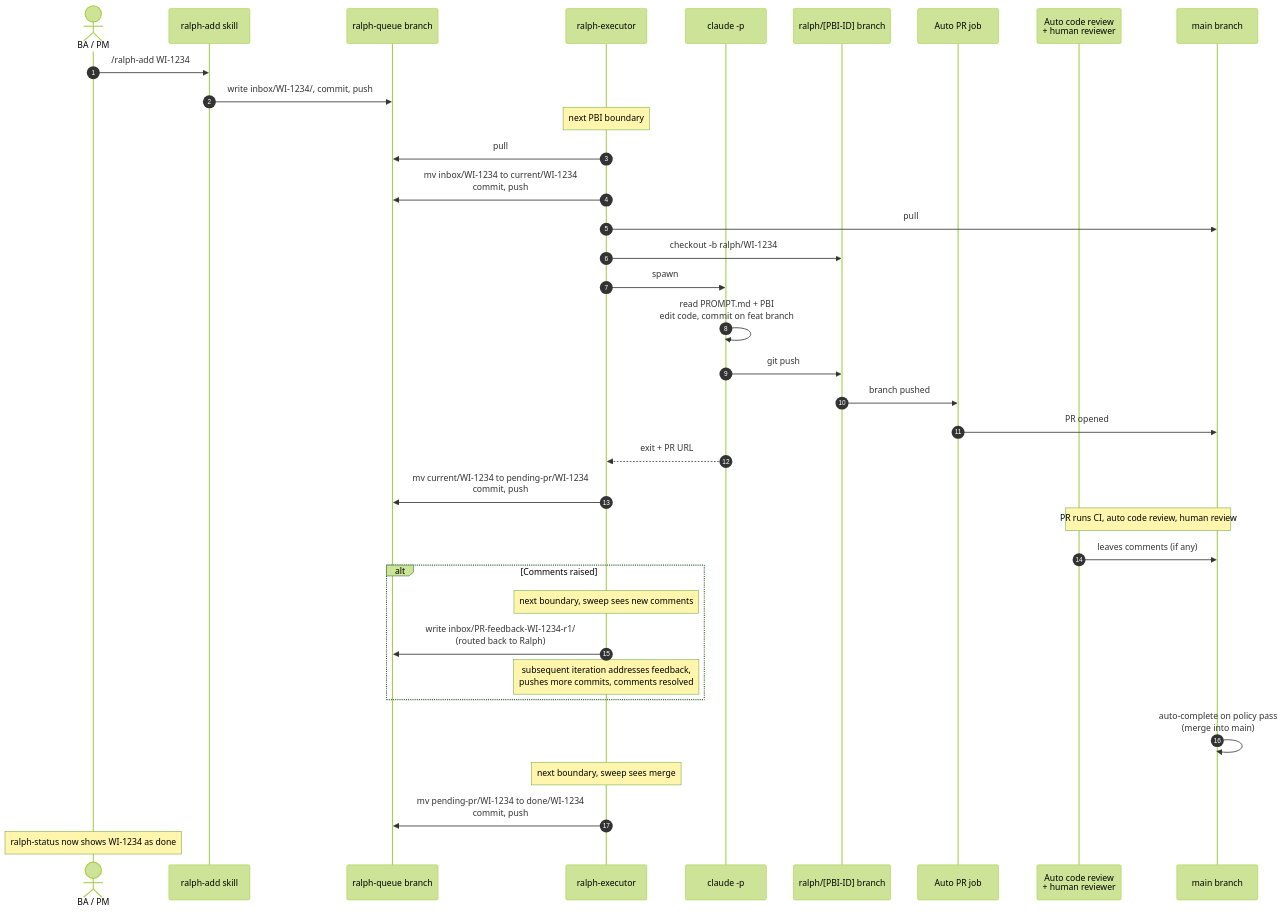
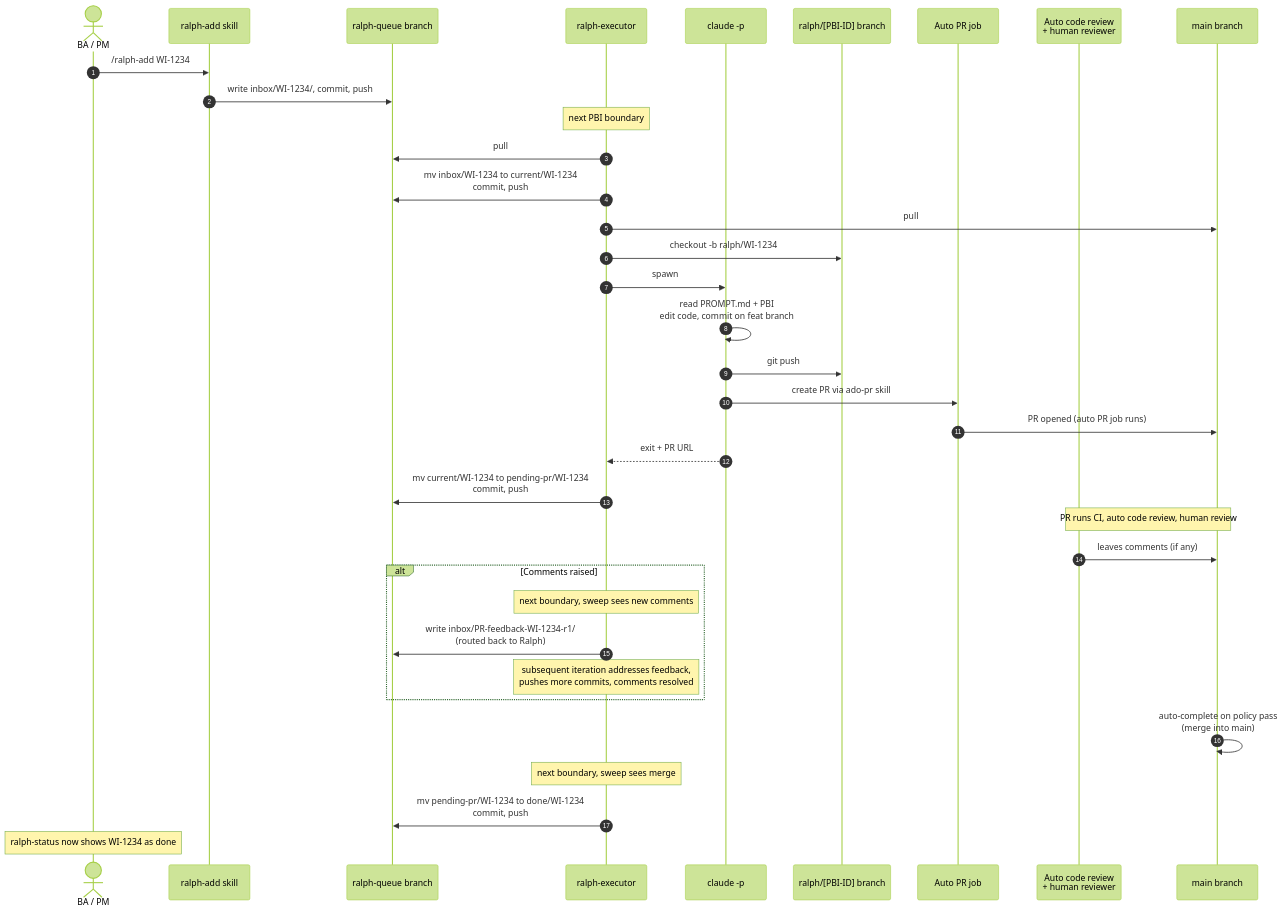
The fifth of 5 diagrams in docs/superpowers/specs/2026-05-23-ralph-v1-per-repo-loop-design.md (emp3thy/ralph), drawn with Mermaid (forest theme) before and after one commit. The commit also changed other lines of this file, not shown here.

First line of the commit message:
Reframe INVESTIGATE.md + auto PR job + git pull timing + memory asymmetry

````diff
--- a/docs/superpowers/specs/2026-05-23-ralph-v1-per-repo-loop-design.md
+++ b/docs/superpowers/specs/2026-05-23-ralph-v1-per-repo-loop-design.md
@@ -356,47 +391,47 @@
 ```mermaid
 sequenceDiagram
     autonumber
     actor BA as BA / PM
     participant Skill as ralph-add skill
     participant Queue as ralph-queue branch
     participant Exec as ralph-executor
     participant Claude as claude -p
     participant Feat as ralph/[PBI-ID] branch
     participant AutoPR as Auto PR job
     participant Review as Auto code review<br/>+ human reviewer
     participant Main as main branch
 
     BA->>Skill: /ralph-add WI-1234
     Skill->>Queue: write inbox/WI-1234/, commit, push
 
     Note over Exec: next PBI boundary
     Exec->>Queue: pull
     Exec->>Queue: mv inbox/WI-1234 to current/WI-1234<br/>commit, push
     Exec->>Main: pull
     Exec->>Feat: checkout -b ralph/WI-1234
     Exec->>Claude: spawn
 
     Claude->>Claude: read PROMPT.md + PBI<br/>edit code, commit on feat branch
     Claude->>Feat: git push
-    Feat->>AutoPR: branch pushed
-    AutoPR->>Main: PR opened
+    Claude->>AutoPR: create PR via ado-pr skill
+    AutoPR->>Main: PR opened (auto PR job runs)
     Claude-->>Exec: exit + PR URL
 
     Exec->>Queue: mv current/WI-1234 to pending-pr/WI-1234<br/>commit, push
 
     Note over Main,Review: PR runs CI, auto code review, human review
     Review->>Main: leaves comments (if any)
 
     alt Comments raised
         Note over Exec: next boundary, sweep sees new comments
         Exec->>Queue: write inbox/PR-feedback-WI-1234-r1/<br/>(routed back to Ralph)
         Note over Exec: subsequent iteration addresses feedback,<br/>pushes more commits, comments resolved
     end
 
     Main->>Main: auto-complete on policy pass<br/>(merge into main)
 
     Note over Exec: next boundary, sweep sees merge
     Exec->>Queue: mv pending-pr/WI-1234 to done/WI-1234<br/>commit, push
 
     Note over BA: ralph-status now shows WI-1234 as done
 ```
````
